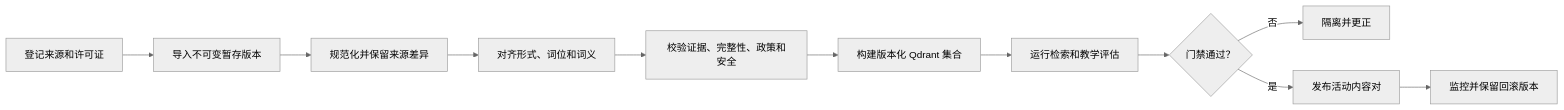
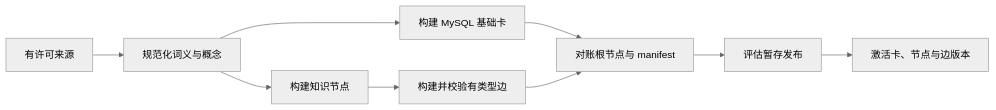
The diagram in docs_cn/guides/content-publishing_cn.md (Ashex-x/Transnet), drawn with Mermaid (neutral theme) before and after one commit. The commit also changed other lines of this file and 27 other files, not shown here.

````diff
--- a/docs_cn/guides/content-publishing_cn.md
+++ b/docs_cn/guides/content-publishing_cn.md
@@ -17,13 +15,11 @@
 ```mermaid
 flowchart LR
-  register["登记来源和许可证"] --> stage["导入不可变暂存版本"]
-  stage --> normalize["规范化并保留来源差异"]
-  normalize --> align["对齐形式、词位和词义"]
-  align --> validate["校验证据、完整性、政策和安全"]
-  validate --> embed["构建版本化 Qdrant 集合"]
-  embed --> evaluate["运行检索和教学评估"]
-  evaluate --> approve{"门禁通过？"}
-  approve -->|"否"| quarantine["隔离并更正"]
-  approve -->|"是"| publish["发布活动内容对"]
-  publish --> observe["监控并保留回滚版本"]
+  source["有许可来源"] --> normalize["规范化词义与概念"]
+  normalize --> cards["构建 MySQL 基础卡"]
+  normalize --> nodes["构建知识节点"]
+  nodes --> edges["构建并校验有类型边"]
+  cards --> reconcile["对账根节点与 manifest"]
+  edges --> reconcile
+  reconcile --> evaluate["评估暂存发布"]
+  evaluate --> activate["激活卡、节点与边版本"]
 ```
````
